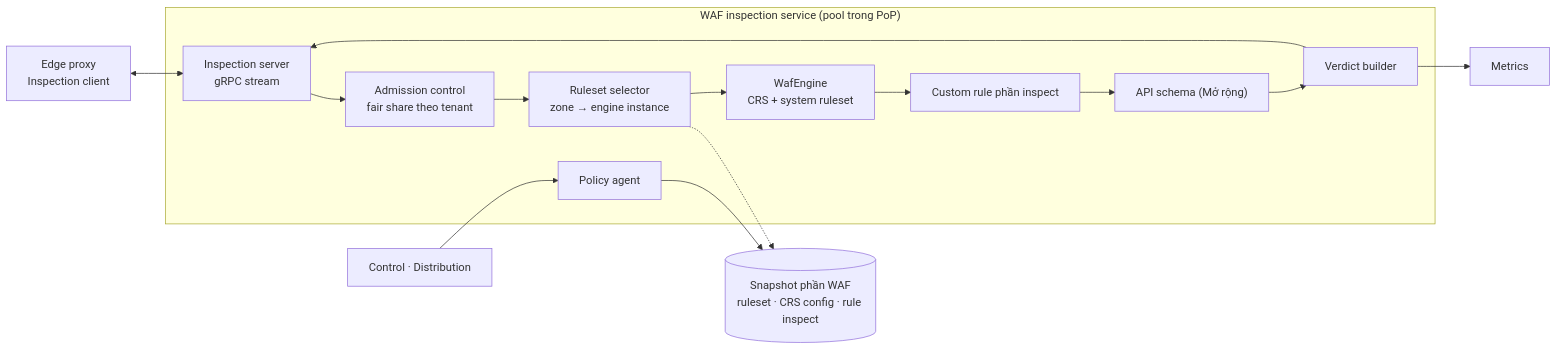
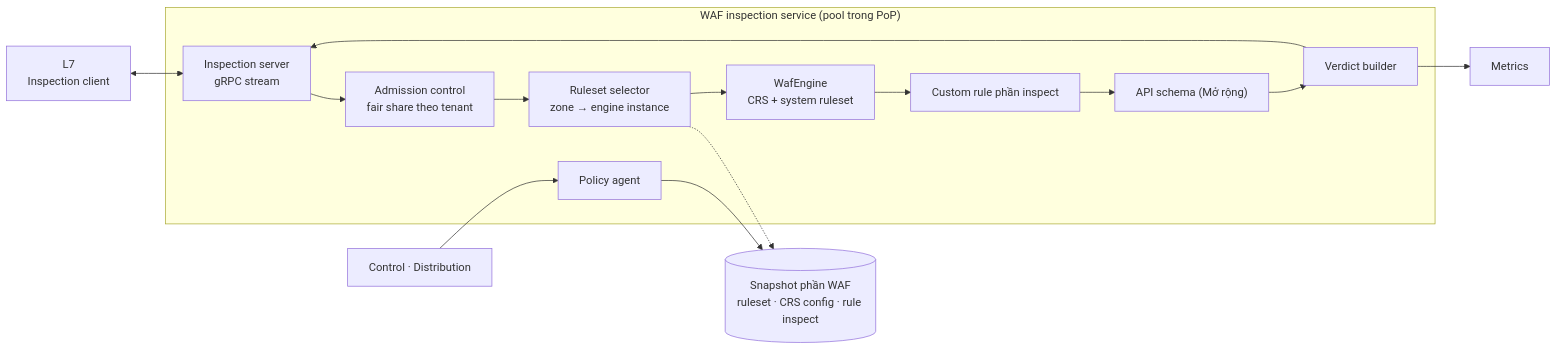
The diagram in docs/architecture/05-building-blocks/08-components/02-waf-inspection.md (metap-org/metap-demo-waf), drawn with Mermaid before and after one commit. The commit also changed other lines of this file and 38 other files, not shown here.

First line of the commit message:
docs: rename the edge proxy tier to L7

````diff
--- a/docs/architecture/05-building-blocks/08-components/02-waf-inspection.md
+++ b/docs/architecture/05-building-blocks/08-components/02-waf-inspection.md
@@ -10,22 +10,22 @@
 ```mermaid
 flowchart LR
-    px["Edge proxy<br/>Inspection client"]
+    px["L7<br/>Inspection client"]
     subgraph WF["WAF inspection service (pool trong PoP)"]
         srv["Inspection server<br/>gRPC stream"]
         adm["Admission control<br/>fair share theo tenant"]
         sel["Ruleset selector<br/>zone → engine instance"]
         eng["WafEngine<br/>CRS + system ruleset"]
         cri["Custom rule phần inspect"]
         api["API schema (Mở rộng)"]
         agg["Verdict builder"]
         ag["Policy agent"]
     end
     snap[("Snapshot phần WAF<br/>ruleset · CRS config · rule inspect")]
     dist["Control · Distribution"]
     met["Metrics"]
 
     px <--> srv --> adm --> sel --> eng --> cri --> api --> agg --> srv
     dist --> ag --> snap
     sel -.-> snap
     agg --> met
 ```
````
